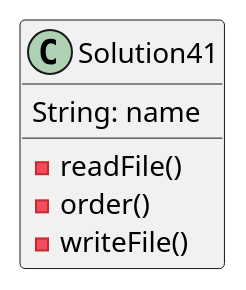
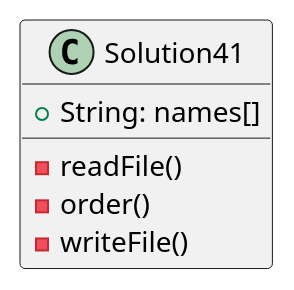
Before and after one commit to J-Caques/caques-a04: the diagram in exercise41/docs/Solution41.puml, drawn with PlantUML. The commit also changed 2 other files, not shown here.

Commit message:
code written, minor alterations to pseudo code and plantUML diagram

```diff
--- a/exercise41/docs/Solution41.puml
+++ b/exercise41/docs/Solution41.puml
@@ -1,13 +1,13 @@
 @startuml
 'https://plantuml.com/class-diagram
 
 class Solution41 {
 
-    String: name
+    +String: names[]
 
     -readFile()
     -order()
     -writeFile()
 }
 
 @enduml
```
